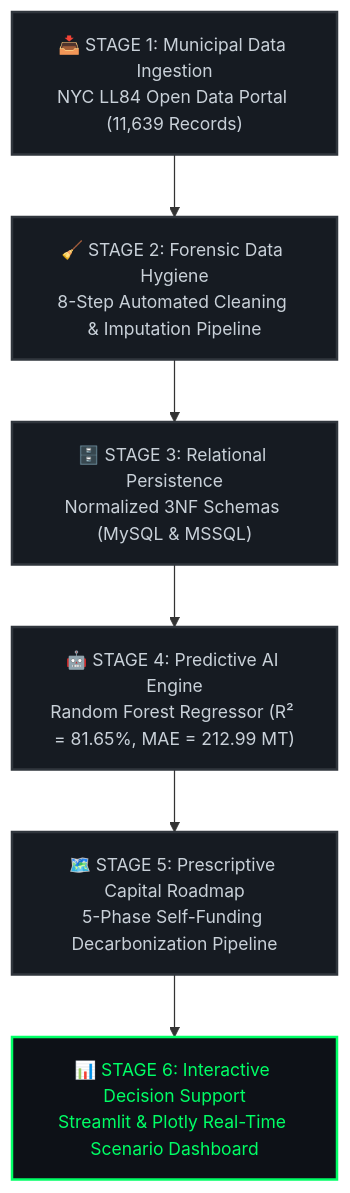
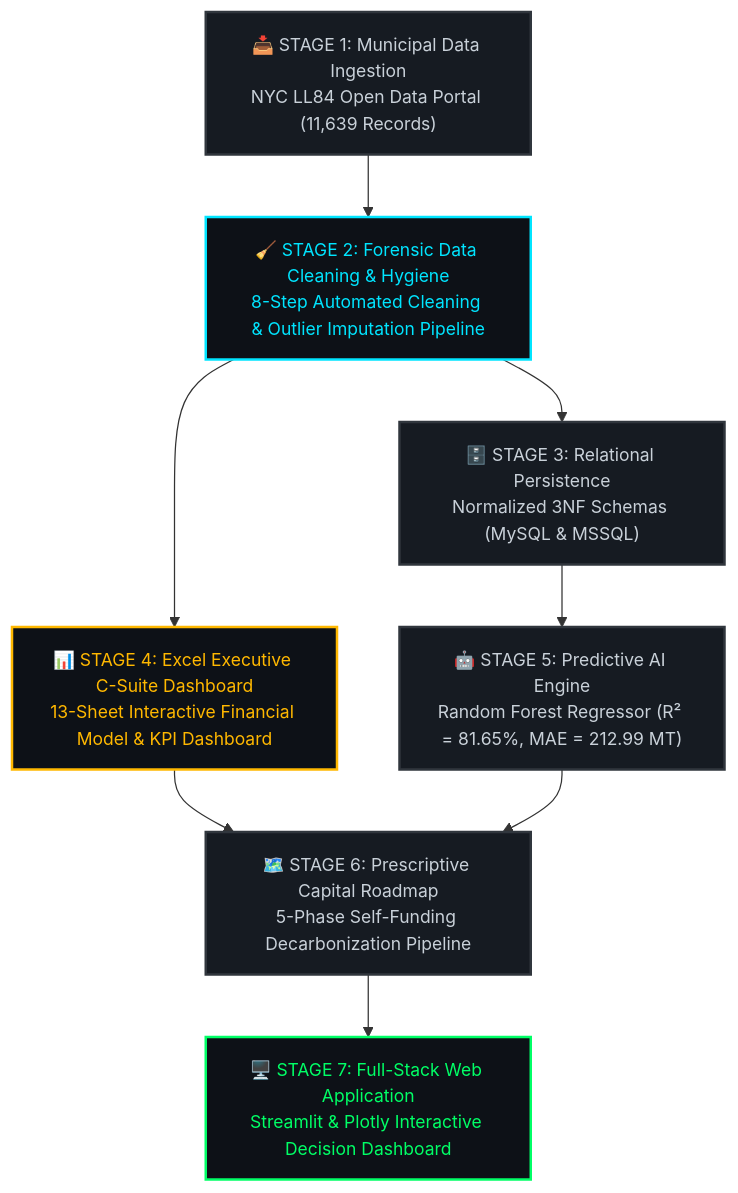
One commit to Huda-Amr/carbon-heist-mitigation changed the diagram in README.md. Above: the diagram before and after it, drawn with Mermaid. The commit also changed 1 other file, not shown here.

Commit message:
Highlight Forensic Data Cleaning stage and Excel Executive C-Suite Dashboard stage across architecture flowcharts

````diff
--- a/README.md
+++ b/README.md
@@ -109,11 +109,15 @@
 ```mermaid
 flowchart TD
-    A["📥 STAGE 1: Municipal Data Ingestion\nNYC LL84 Open Data Portal (11,639 Records)"]:::stage --> B["🧹 STAGE 2: Forensic Data Hygiene\n8-Step Automated Cleaning & Imputation Pipeline"]:::stage
+    A["📥 STAGE 1: Municipal Data Ingestion\nNYC LL84 Open Data Portal (11,639 Records)"]:::stage --> B["🧹 STAGE 2: Forensic Data Cleaning & Hygiene\n8-Step Automated Cleaning & Outlier Imputation Pipeline"]:::clean
     B --> C["🗄️ STAGE 3: Relational Persistence\nNormalized 3NF Schemas (MySQL & MSSQL)"]:::stage
-    C --> D["🤖 STAGE 4: Predictive AI Engine\nRandom Forest Regressor (R² = 81.65%, MAE = 212.99 MT)"]:::stage
-    D --> E["🗺️ STAGE 5: Prescriptive Capital Roadmap\n5-Phase Self-Funding Decarbonization Pipeline"]:::stage
-    E --> F["📊 STAGE 6: Interactive Decision Support\nStreamlit & Plotly Real-Time Scenario Dashboard"]:::output
+    B --> EX["📊 STAGE 4: Excel Executive C-Suite Dashboard\n13-Sheet Interactive Financial Model & KPI Dashboard"]:::excel
+    C --> D["🤖 STAGE 5: Predictive AI Engine\nRandom Forest Regressor (R² = 81.65%, MAE = 212.99 MT)"]:::stage
+    EX --> E["🗺️ STAGE 6: Prescriptive Capital Roadmap\n5-Phase Self-Funding Decarbonization Pipeline"]:::stage
+    D --> E
+    E --> F["🖥️ STAGE 7: Full-Stack Web Application\nStreamlit & Plotly Interactive Decision Dashboard"]:::output
 
     classDef stage fill:#161B22,stroke:#30363D,stroke-width:2px,color:#C9D1D9,font-size:14px
+    classDef clean fill:#0D1117,stroke:#00E5FF,stroke-width:2px,color:#00E5FF,font-size:14px
+    classDef excel fill:#0D1117,stroke:#FFB800,stroke-width:2px,color:#FFB800,font-size:14px
     classDef output fill:#0D1117,stroke:#00FF66,stroke-width:2px,color:#00FF66,font-size:14px
 ```
````
